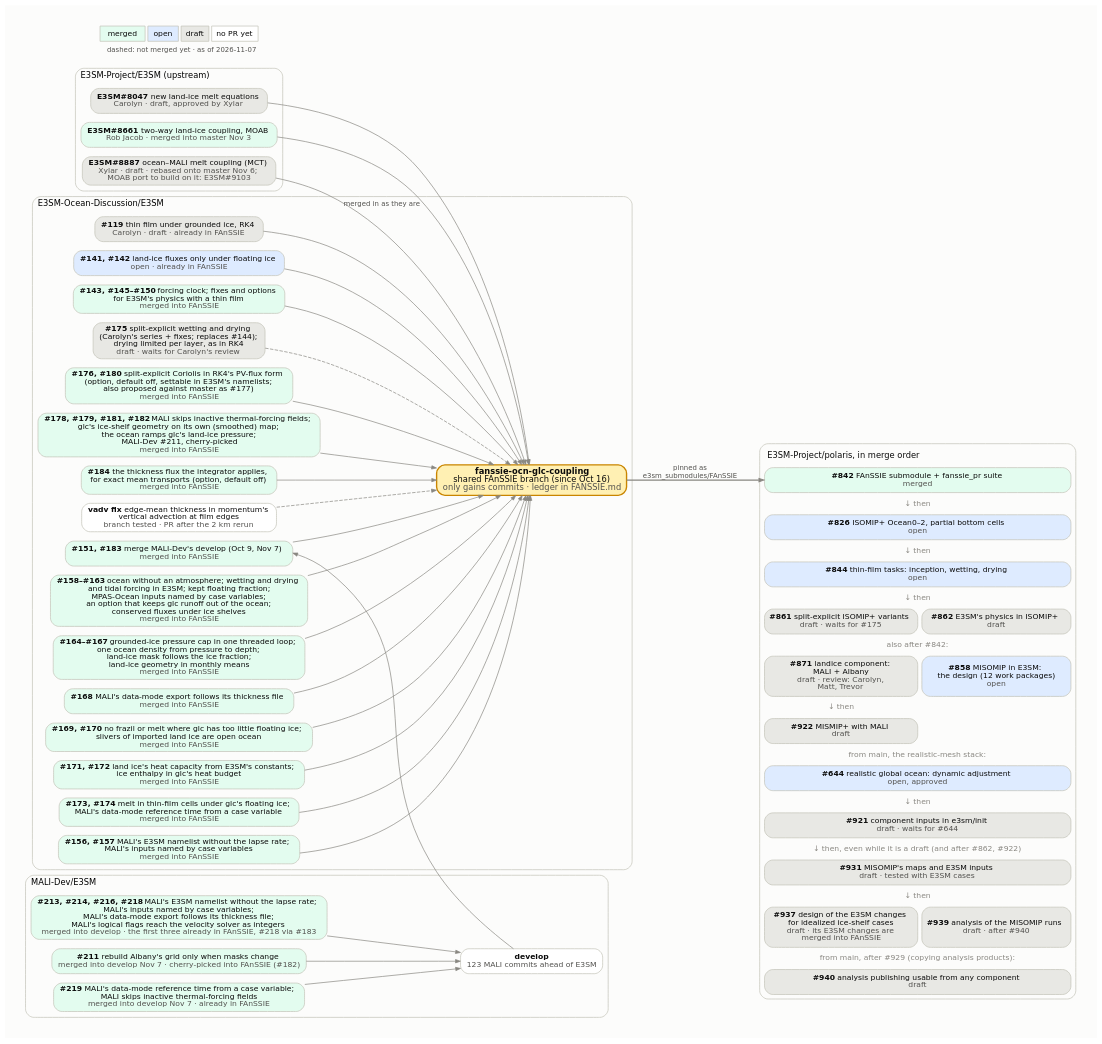
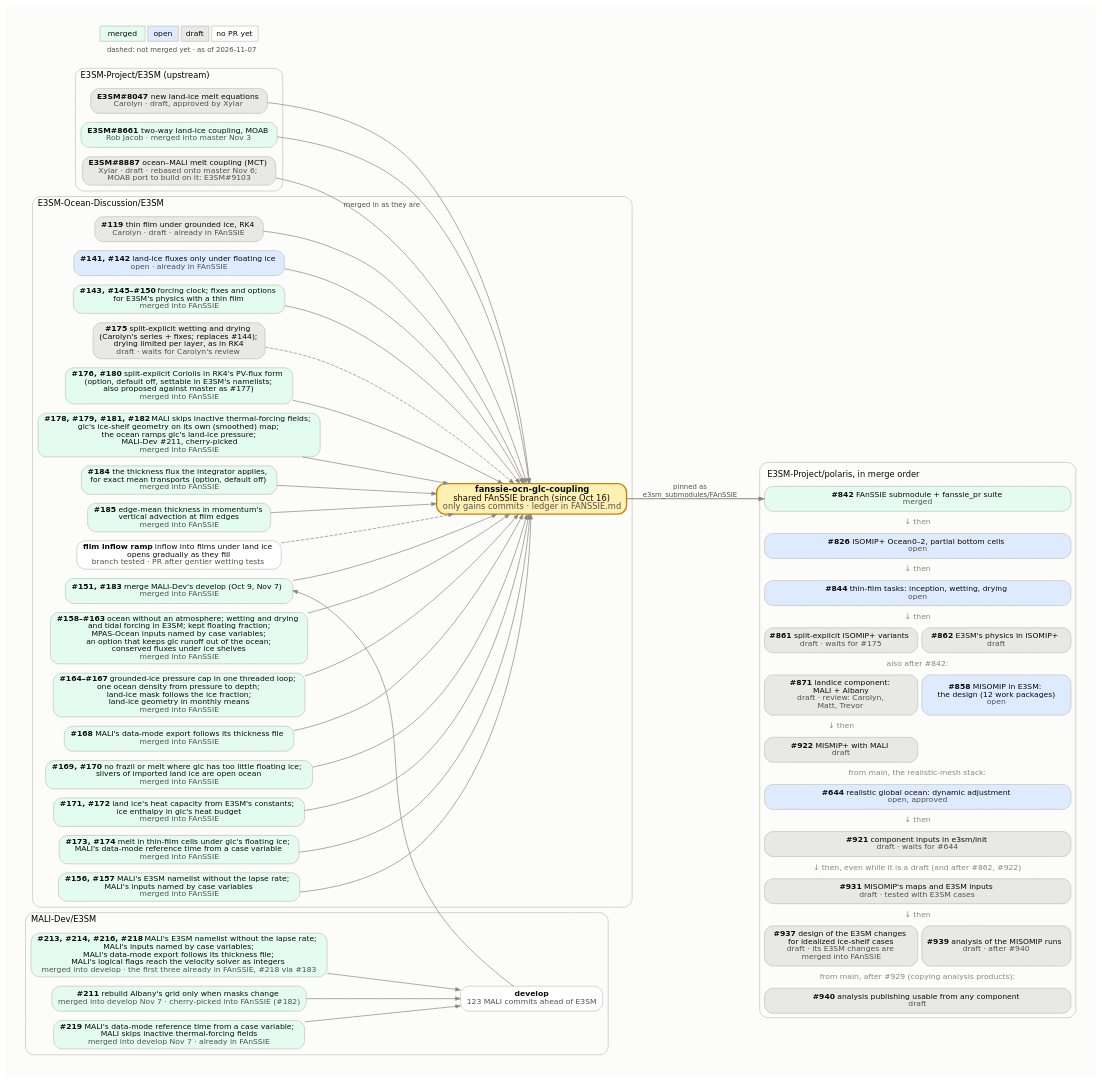
Before and after one commit to E3SM-Project/polaris: the diagram in docs/design_docs/misomip/code_flow.dot, drawn with Graphviz. The commit also changed 3 other files, not shown here.

```diff
--- a/docs/design_docs/misomip/code_flow.dot
+++ b/docs/design_docs/misomip/code_flow.dot
@@ -1,125 +1,127 @@
 // How the upstream E3SM PRs, the E3SM-Ocean-Discussion PRs, the
 // fanssie-ocn-glc-coupling branch and the Polaris PRs fit together.
 //
 // Regenerate with Graphviz 14 (Chrysalis's /usr/bin/dot 2.40 lays it out
 // wider), with the text drawn as paths so it looks the same everywhere:
 //
 //     pixi exec -s graphviz dot -Tsvg:cairo code_flow.dot -o code_flow.svg
 //
 // Fill by state: merged #e3fcef, open #deebff, draft #e8e8e4, no PR yet
 // #ffffff. Dashed edges into the FAnSSIE branch mark PRs not merged into it
 // yet. The Polaris side is one HTML-table node, in merge order, because
 // Graphviz would not keep separate boxes in that order. Update the date in
 // the legend.
 digraph fanssie {
   rankdir=LR;
   bgcolor="#fcfcfb";
   pad=0.3;
   nodesep=0.18;
   ranksep=0.7;
   fontname="DejaVu Sans";
   node [shape=box, style="rounded,filled", fontname="DejaVu Sans",
         fontsize=11, color="#c3c2b7", fontcolor="#0b0b0b", penwidth=1,
         margin="0.12,0.06"];
   edge [color="#898781", arrowsize=0.7, fontname="DejaVu Sans",
         fontsize=10, fontcolor="#52514e"];
 
   subgraph cluster_upstream {
     label="E3SM-Project/E3SM (upstream)";
     labeljust=l; fontsize=12; color="#c3c2b7"; style="rounded";
     e8047 [label=<<b>E3SM#8047</b>  new land-ice melt equations<br/><font color="#52514e">Carolyn · draft, approved by Xylar</font>>, fillcolor="#e8e8e4"];
     e8661 [label=<<b>E3SM#8661</b>  two-way land-ice coupling, MOAB<br/><font color="#52514e">Rob Jacob · merged into master Nov 3</font>>, fillcolor="#e3fcef"];
     e8887 [label=<<b>E3SM#8887</b>  ocean–MALI melt coupling (MCT)<br/><font color="#52514e">Xylar · draft · rebased onto master Nov 6;<br/>MOAB port to build on it: E3SM#9103</font>>, fillcolor="#e8e8e4"];
   }
 
   subgraph cluster_malidev {
     label="MALI-Dev/E3SM";
     labeljust=l; fontsize=12; color="#c3c2b7"; style="rounded";
     malidev [label=<<b>develop</b><br/><font color="#52514e">123 MALI commits ahead of E3SM</font>>, fillcolor="#ffffff"];
     m213 [label=<<b>#213, #214, #216, #218</b>  MALI's E3SM namelist without the lapse rate;<br/>MALI's inputs named by case variables;<br/>MALI's data-mode export follows its thickness file;<br/>MALI's logical flags reach the velocity solver as integers<br/><font color="#52514e">merged into develop · the first three already in FAnSSIE, #218 via #183</font>>, fillcolor="#e3fcef"];
     m211 [label=<<b>#211</b>  rebuild Albany's grid only when masks change<br/><font color="#52514e">merged into develop Nov 7 · cherry-picked into FAnSSIE (#182)</font>>, fillcolor="#e3fcef"];
     m219 [label=<<b>#219</b>  MALI's data-mode reference time from a case variable;<br/>MALI skips inactive thermal-forcing fields<br/><font color="#52514e">merged into develop Nov 7 · already in FAnSSIE</font>>, fillcolor="#e3fcef"];
   }
 
   subgraph cluster_eod {
     label="E3SM-Ocean-Discussion/E3SM";
     labeljust=l; fontsize=12; color="#c3c2b7"; style="rounded";
     d119 [label=<<b>#119</b>  thin film under grounded ice, RK4<br/><font color="#52514e">Carolyn · draft · already in FAnSSIE</font>>, fillcolor="#e8e8e4"];
     d141 [label=<<b>#141, #142</b>  land-ice fluxes only under floating ice<br/><font color="#52514e">open · already in FAnSSIE</font>>, fillcolor="#deebff"];
     d143 [label=<<b>#143, #145–#150</b>  forcing clock; fixes and options<br/>for E3SM's physics with a thin film<br/><font color="#52514e">merged into FAnSSIE</font>>, fillcolor="#e3fcef"];
     d175 [label=<<b>#175</b>  split-explicit wetting and drying<br/>(Carolyn's series + fixes; replaces #144);<br/>drying limited per layer, as in RK4<br/><font color="#52514e">draft · waits for Carolyn's review</font>>, fillcolor="#e8e8e4"];
     d176 [label=<<b>#176, #180</b>  split-explicit Coriolis in RK4's PV-flux form<br/>(option, default off, settable in E3SM's namelists;<br/>also proposed against master as #177)<br/><font color="#52514e">merged into FAnSSIE</font>>, fillcolor="#e3fcef"];
     d178 [label=<<b>#178, #179, #181, #182</b>  MALI skips inactive thermal-forcing fields;<br/>glc's ice-shelf geometry on its own (smoothed) map;<br/>the ocean ramps glc's land-ice pressure;<br/>MALI-Dev #211, cherry-picked<br/><font color="#52514e">merged into FAnSSIE</font>>, fillcolor="#e3fcef"];
     d184 [label=<<b>#184</b>  the thickness flux the integrator applies,<br/>for exact mean transports (option, default off)<br/><font color="#52514e">merged into FAnSSIE</font>>, fillcolor="#e3fcef"];
-    dvadv [label=<<b>vadv fix</b>  edge-mean thickness in momentum's<br/>vertical advection at film edges<br/><font color="#52514e">branch tested · PR after the 2 km rerun</font>>, fillcolor="#ffffff"];
+    dvadv [label=<<b>#185</b>  edge-mean thickness in momentum's<br/>vertical advection at film edges<br/><font color="#52514e">merged into FAnSSIE</font>>, fillcolor="#e3fcef"];
+    dramp [label=<<b>film inflow ramp</b>  inflow into films under land ice<br/>opens gradually as they fill<br/><font color="#52514e">branch tested · PR after gentler wetting tests</font>>, fillcolor="#ffffff"];
     d151 [label=<<b>#151, #183</b>  merge MALI-Dev's develop (Oct 9, Nov 7)<br/><font color="#52514e">merged into FAnSSIE</font>>, fillcolor="#e3fcef"];
     d158 [label=<<b>#158–#163</b>  ocean without an atmosphere; wetting and drying<br/>and tidal forcing in E3SM; kept floating fraction;<br/>MPAS-Ocean inputs named by case variables;<br/>an option that keeps glc runoff out of the ocean;<br/>conserved fluxes under ice shelves<br/><font color="#52514e">merged into FAnSSIE</font>>, fillcolor="#e3fcef"];
     d164 [label=<<b>#164–#167</b>  grounded-ice pressure cap in one threaded loop;<br/>one ocean density from pressure to depth;<br/>land-ice mask follows the ice fraction;<br/>land-ice geometry in monthly means<br/><font color="#52514e">merged into FAnSSIE</font>>, fillcolor="#e3fcef"];
     d168 [label=<<b>#168</b>  MALI's data-mode export follows its thickness file<br/><font color="#52514e">merged into FAnSSIE</font>>, fillcolor="#e3fcef"];
     d169 [label=<<b>#169, #170</b>  no frazil or melt where glc has too little floating ice;<br/>slivers of imported land ice are open ocean<br/><font color="#52514e">merged into FAnSSIE</font>>, fillcolor="#e3fcef"];
     d171 [label=<<b>#171, #172</b>  land ice's heat capacity from E3SM's constants;<br/>ice enthalpy in glc's heat budget<br/><font color="#52514e">merged into FAnSSIE</font>>, fillcolor="#e3fcef"];
     d173 [label=<<b>#173, #174</b>  melt in thin-film cells under glc's floating ice;<br/>MALI's data-mode reference time from a case variable<br/><font color="#52514e">merged into FAnSSIE</font>>, fillcolor="#e3fcef"];
     d156 [label=<<b>#156, #157</b>  MALI's E3SM namelist without the lapse rate;<br/>MALI's inputs named by case variables<br/><font color="#52514e">merged into FAnSSIE</font>>, fillcolor="#e3fcef"];
     fanssie [label=<<b>fanssie-ocn-glc-coupling</b><br/>shared FAnSSIE branch (since Oct 16)<br/><font color="#52514e">only gains commits · ledger in FANSSIE.md</font>>,
              fillcolor="#fff0b3", penwidth=2, color="#c98500", fontsize=12];
   }
 
   polaris [shape=plaintext, style="", label=<
     <table border="1" color="#c3c2b7" style="rounded" cellborder="1" cellspacing="6" cellpadding="4" bgcolor="#fcfcfb">
       <tr><td border="0" colspan="2" align="left"><font point-size="12">E3SM-Project/polaris, in merge order</font></td></tr>
       <tr><td port="p842" bgcolor="#e3fcef" colspan="2" style="rounded" cellpadding="6"><b>#842</b>  FAnSSIE submodule + fanssie_pr suite<br/><font color="#52514e">merged</font></td></tr>
       <tr><td border="0" colspan="2"><font color="#898781">↓ then</font></td></tr>
       <tr><td port="p826" bgcolor="#deebff" colspan="2" style="rounded" cellpadding="6"><b>#826</b>  ISOMIP+ Ocean0–2, partial bottom cells<br/><font color="#52514e">open</font></td></tr>
       <tr><td border="0" colspan="2"><font color="#898781">↓ then</font></td></tr>
       <tr><td port="p844" bgcolor="#deebff" colspan="2" style="rounded" cellpadding="6"><b>#844</b>  thin-film tasks: inception, wetting, drying<br/><font color="#52514e">open</font></td></tr>
       <tr><td border="0" colspan="2"><font color="#898781">↓ then</font></td></tr>
       <tr><td port="p861" bgcolor="#e8e8e4" colspan="1" style="rounded" cellpadding="6"><b>#861</b>  split-explicit ISOMIP+ variants<br/><font color="#52514e">draft · waits for #175</font></td><td port="p862" bgcolor="#e8e8e4" colspan="1" style="rounded" cellpadding="6"><b>#862</b>  E3SM's physics in ISOMIP+<br/><font color="#52514e">draft</font></td></tr>
       <tr><td border="0" colspan="2"><font color="#898781">also after #842:</font></td></tr>
       <tr><td port="p871" bgcolor="#e8e8e4" colspan="1" style="rounded" cellpadding="6"><b>#871</b>  landice component:<br/>MALI + Albany<br/><font color="#52514e">draft · review: Carolyn,<br/>Matt, Trevor</font></td><td port="p858" bgcolor="#deebff" colspan="1" style="rounded" cellpadding="6"><b>#858</b>  MISOMIP in E3SM:<br/>the design (12 work packages)<br/><font color="#52514e">open</font></td></tr>
       <tr><td border="0" colspan="1"><font color="#898781">↓ then</font></td><td border="0" colspan="1"></td></tr>
       <tr><td port="p922" bgcolor="#e8e8e4" colspan="1" style="rounded" cellpadding="6"><b>#922</b>  MISMIP+ with MALI<br/><font color="#52514e">draft</font></td><td border="0" colspan="1"></td></tr>
       <tr><td border="0" colspan="2"><font color="#898781">from main, the realistic-mesh stack:</font></td></tr>
       <tr><td port="p644" bgcolor="#deebff" colspan="2" style="rounded" cellpadding="6"><b>#644</b>  realistic global ocean: dynamic adjustment<br/><font color="#52514e">open, approved</font></td></tr>
       <tr><td border="0" colspan="2"><font color="#898781">↓ then</font></td></tr>
       <tr><td port="p921" bgcolor="#e8e8e4" colspan="2" style="rounded" cellpadding="6"><b>#921</b>  component inputs in e3sm/init<br/><font color="#52514e">draft · waits for #644</font></td></tr>
       <tr><td border="0" colspan="2"><font color="#898781">↓ then, even while it is a draft (and after #862, #922)</font></td></tr>
       <tr><td port="pwp56" bgcolor="#e8e8e4" colspan="2" style="rounded" cellpadding="6"><b>#931</b>  MISOMIP's maps and E3SM inputs<br/><font color="#52514e">draft · tested with E3SM cases</font></td></tr>
       <tr><td border="0" colspan="2"><font color="#898781">↓ then</font></td></tr>
       <tr><td port="pwp7" bgcolor="#e8e8e4" colspan="1" style="rounded" cellpadding="6"><b>#937</b>  design of the E3SM changes<br/>for idealized ice-shelf cases<br/><font color="#52514e">draft · its E3SM changes are<br/>merged into FAnSSIE</font></td><td port="pwp9" bgcolor="#e8e8e4" colspan="1" style="rounded" cellpadding="6"><b>#939</b>  analysis of the MISOMIP runs<br/><font color="#52514e">draft · after #940</font></td></tr>
       <tr><td border="0" colspan="2"><font color="#898781">from main, after #929 (copying analysis products):</font></td></tr>
       <tr><td port="p940" bgcolor="#e8e8e4" colspan="2" style="rounded" cellpadding="6"><b>#940</b>  analysis publishing usable from any component<br/><font color="#52514e">draft</font></td></tr>
     </table>>];
 
   e8047 -> fanssie;
   e8661 -> fanssie;
   e8887 -> fanssie [label="merged in as they are"];
   d119 -> fanssie;
   d141 -> fanssie;
   d143 -> fanssie;
   d175 -> fanssie [style=dashed];
   m211 -> malidev;
   m213 -> malidev;
   m219 -> malidev;
   d156 -> fanssie;
   d158 -> fanssie;
   d164 -> fanssie;
   d168 -> fanssie;
   d169 -> fanssie;
   d171 -> fanssie;
   d173 -> fanssie;
   d176 -> fanssie;
   d178 -> fanssie;
   d184 -> fanssie;
-  dvadv -> fanssie [style=dashed];
+  dvadv -> fanssie;
+  dramp -> fanssie [style=dashed];
   malidev -> d151 [constraint=false];
   d151 -> fanssie;
 
   fanssie -> polaris:p842 [label="pinned as
 e3sm_submodules/FAnSSIE", penwidth=1.5];
 
   legend [shape=plaintext, style="", label=<
     <table border="0" cellborder="1" cellspacing="4" cellpadding="4" color="#c3c2b7">
       <tr><td bgcolor="#e3fcef">merged</td><td bgcolor="#deebff">open</td><td bgcolor="#e8e8e4">draft</td><td bgcolor="#ffffff">no PR yet</td></tr>
       <tr><td colspan="4" border="0"><font point-size="10" color="#52514e">dashed: not merged yet · as of 2026-11-07</font></td></tr>
     </table>>];
 }
```
